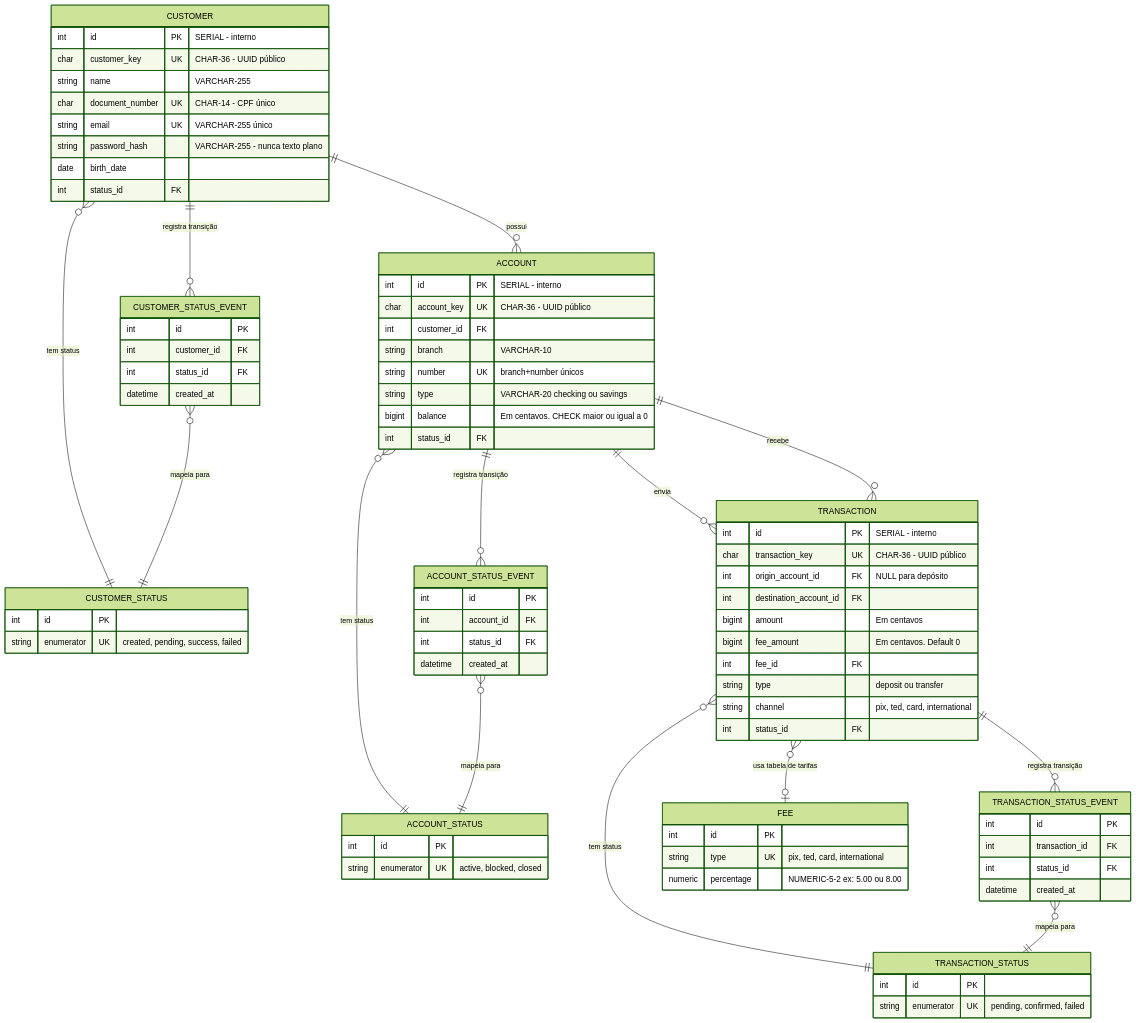
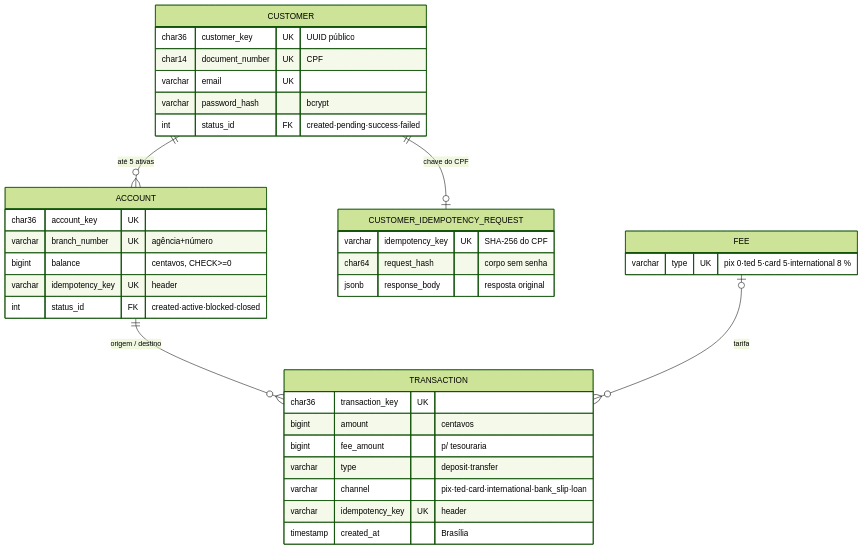
Before and after one commit to gfdmarco/BootcampQITechG33: the first of 4 diagrams in docs/rfc_prototipo_bancario.md, drawn with Mermaid (forest theme). The commit also changed other lines of this file and 41 other files, not shown here.

Commit message:
feat(general): adding idempotency key on accounts, transactions and loans. Adding logs in return sections at the controllers and improving the RFC to an pdf format

````diff
--- a/docs/rfc_prototipo_bancario.md
+++ b/docs/rfc_prototipo_bancario.md
@@ -53,89 +153,38 @@
 ```mermaid
 erDiagram
+    CUSTOMER ||--o{ ACCOUNT : "até 5 ativas"
+    CUSTOMER ||--o| CUSTOMER_IDEMPOTENCY_REQUEST : "chave do CPF"
+    ACCOUNT ||--o{ TRANSACTION : "origem / destino"
+    FEE |o--o{ TRANSACTION : "tarifa"
     CUSTOMER {
-        int id PK "SERIAL - interno"
-        char customer_key UK "CHAR-36 - UUID público"
-        string name "VARCHAR-255"
-        char document_number UK "CHAR-14 - CPF único"
-        string email UK "VARCHAR-255 único"
-        string password_hash "VARCHAR-255 - nunca texto plano"
-        date birth_date
-        int status_id FK
+        char36 customer_key UK "UUID público"
+        char14 document_number UK "CPF"
+        varchar email UK
+        varchar password_hash "bcrypt"
+        int status_id FK "created·pending·success·failed"
     }
-    CUSTOMER_STATUS {
-        int id PK
-        string enumerator UK "created, pending, success, failed"
+    CUSTOMER_IDEMPOTENCY_REQUEST {
+        varchar idempotency_key UK "SHA-256 do CPF"
+        char64 request_hash "corpo sem senha"
+        jsonb response_body "resposta original"
     }
-    CUSTOMER_STATUS_EVENT {
-        int id PK
-        int customer_id FK
-        int status_id FK
-        datetime created_at
+    ACCOUNT {
+        char36 account_key UK
+        varchar branch_number UK "agência+número"
+        bigint balance "centavos, CHECK>=0"
+        varchar idempotency_key UK "header"
+        int status_id FK "created·active·blocked·closed"
     }
-
-    ACCOUNT {
-        int id PK "SERIAL - interno"
-        char account_key UK "CHAR-36 - UUID público"
-        int customer_id FK
-        string branch "VARCHAR-10"
-        string number UK "branch+number únicos"
-        string type "VARCHAR-20 checking ou savings"
-        bigint balance "Em centavos. CHECK maior ou igual a 0"
-        int status_id FK
+    TRANSACTION {
+        char36 transaction_key UK
+        bigint amount "centavos"
+        bigint fee_amount "p/ tesouraria"
+        varchar type "deposit·transfer"
+        varchar channel "pix·ted·card·international·bank_slip·loan"
+        varchar idempotency_key UK "header"
+        timestamp created_at "Brasília"
     }
-    ACCOUNT_STATUS {
-        int id PK
-        string enumerator UK "active, blocked, closed"
+    FEE {
+        varchar type UK "pix 0·ted 5·card 5·international 8 %"
     }
-    ACCOUNT_STATUS_EVENT {
-        int id PK
-        int account_id FK
-        int status_id FK
-        datetime created_at
-    }
-
-    TRANSACTION {
-        int id PK "SERIAL - interno"
-        char transaction_key UK "CHAR-36 - UUID público"
-        int origin_account_id FK "NULL para depósito"
-        int destination_account_id FK
-        bigint amount "Em centavos"
-        bigint fee_amount "Em centavos. Default 0"
-        int fee_id FK
-        string type "deposit ou transfer"
-        string channel "pix, ted, card, international"
-        int status_id FK
-    }
-    TRANSACTION_STATUS {
-        int id PK
-        string enumerator UK "pending, confirmed, failed"
-    }
-    TRANSACTION_STATUS_EVENT {
-        int id PK
-        int transaction_id FK
-        int status_id FK
-        datetime created_at
-    }
-
-    FEE {
-        int id PK
-        string type UK "pix, ted, card, international"
-        numeric percentage "NUMERIC-5-2 ex: 5.00 ou 8.00"
-    }
-
-    CUSTOMER ||--o{ ACCOUNT : "possui"
-    CUSTOMER }o--|| CUSTOMER_STATUS : "tem status"
-    CUSTOMER ||--o{ CUSTOMER_STATUS_EVENT : "registra transição"
-    CUSTOMER_STATUS_EVENT }o--|| CUSTOMER_STATUS : "mapeia para"
-
-    ACCOUNT }o--|| ACCOUNT_STATUS : "tem status"
-    ACCOUNT ||--o{ ACCOUNT_STATUS_EVENT : "registra transição"
-    ACCOUNT_STATUS_EVENT }o--|| ACCOUNT_STATUS : "mapeia para"
-
-    ACCOUNT ||--o{ TRANSACTION : "envia"
-    ACCOUNT ||--o{ TRANSACTION : "recebe"
-    TRANSACTION }o--|| TRANSACTION_STATUS : "tem status"
-    TRANSACTION ||--o{ TRANSACTION_STATUS_EVENT : "registra transição"
-    TRANSACTION_STATUS_EVENT }o--|| TRANSACTION_STATUS : "mapeia para"
-    TRANSACTION }o--o| FEE : "usa tabela de tarifas"
 ```
````
